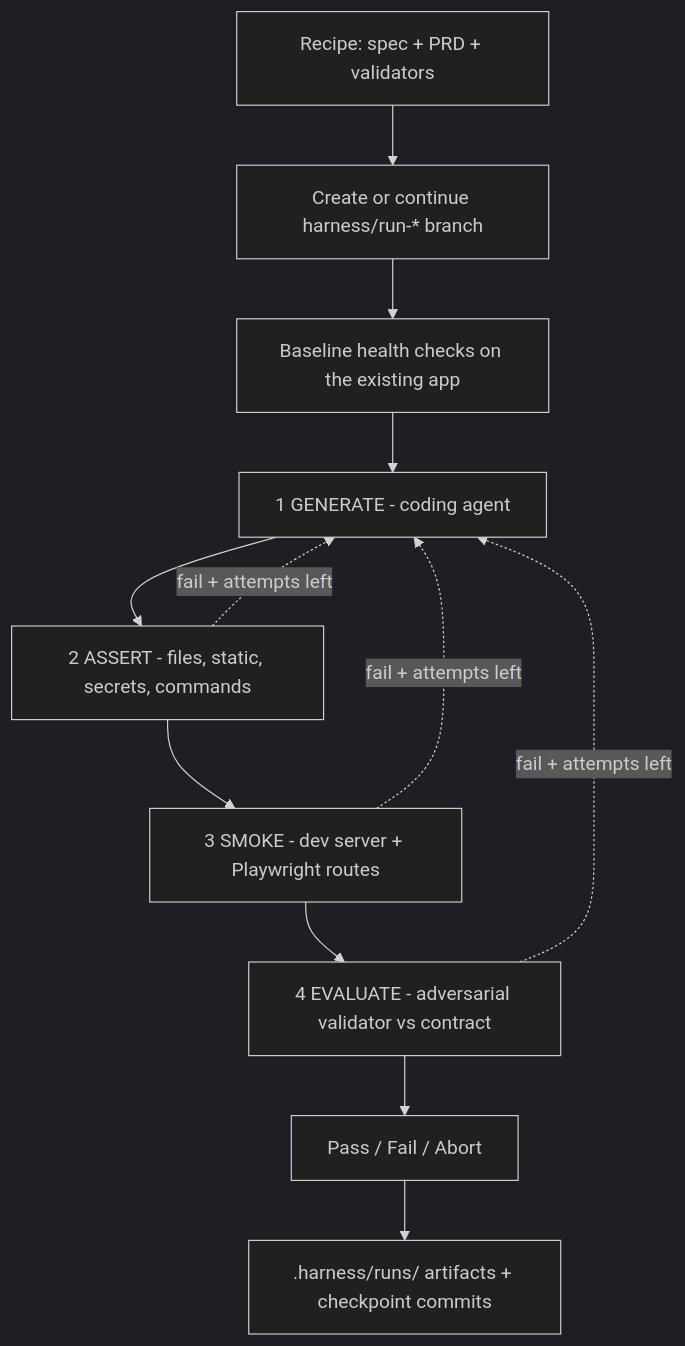
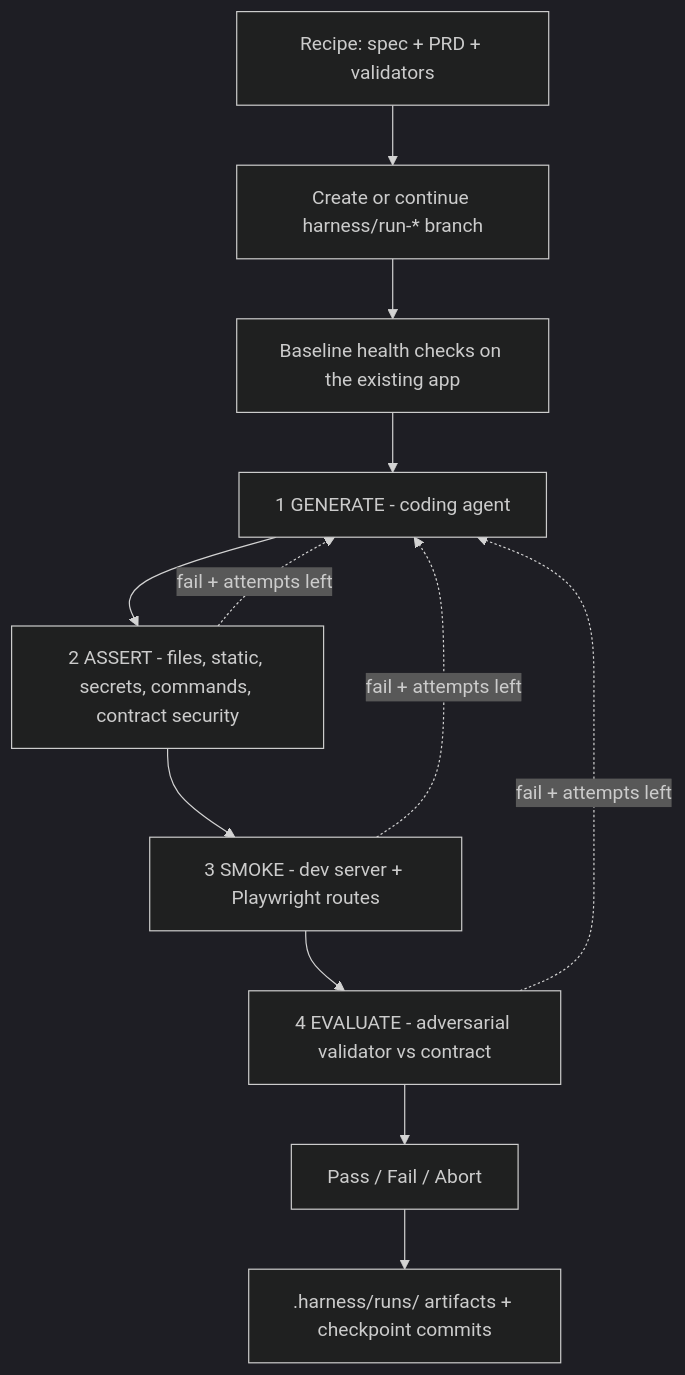
Before and after one commit to hedera-dev/hedera-harness: the diagram in README.md, drawn with Mermaid (dark theme). The commit also changed other lines of this file and 10 other files, not shown here.

````diff
--- a/README.md
+++ b/README.md
@@ -19,14 +19,14 @@
 ```mermaid
 flowchart TD
   inputs[Recipe: spec + PRD + validators] --> branch[Create or continue harness/run-* branch]
   branch --> baseline[Baseline health checks on the existing app]
   baseline --> generate[1 GENERATE - coding agent]
-  generate --> assert[2 ASSERT - files, static, secrets, commands]
+  generate --> assert[2 ASSERT - files, static, secrets, commands, contract security]
   assert --> smoke[3 SMOKE - dev server + Playwright routes]
   smoke --> evaluate[4 EVALUATE - adversarial validator vs contract]
   evaluate --> outcome[Pass / Fail / Abort]
   outcome --> artifacts[.harness/runs/ artifacts + checkpoint commits]
   assert -.->|fail + attempts left| generate
   smoke -.->|fail + attempts left| generate
   evaluate -.->|fail + attempts left| generate
 ```
````
